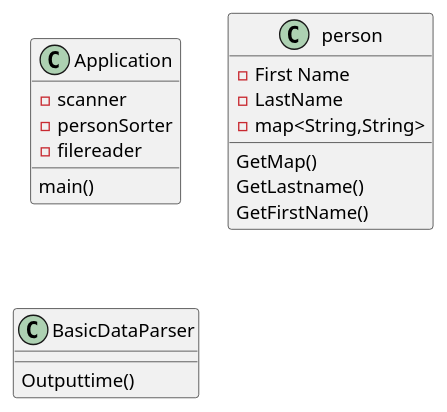
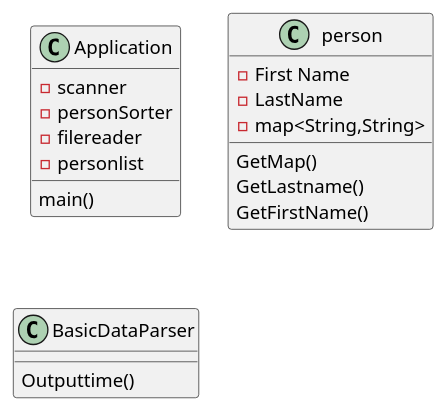
Before and after one commit to Awesome-wolf-101/ashby-cop3330-assignment3: the diagram in src/main/java/oop/assignment3/ex42/exercise42_Diagram.puml, drawn with PlantUML. The commit also changed 20 other files, not shown here.

```diff
--- a/src/main/java/oop/assignment3/ex42/exercise42_Diagram.puml
+++ b/src/main/java/oop/assignment3/ex42/exercise42_Diagram.puml
@@ -1,29 +1,31 @@
 @startuml
 'https://plantuml.com/sequence-diagram
 
 class Application{
 -scanner
 -personSorter
 -filereader
+-personlist
+
 main()
 }
 
 class person{
 -First Name
 -LastName
 -map<String,String>
 
 GetMap()
 GetLastname()
 GetFirstName()
 }
 
 class BasicDataParser{
 
 
 Outputtime()
 
 
 
 }
 @enduml
```
